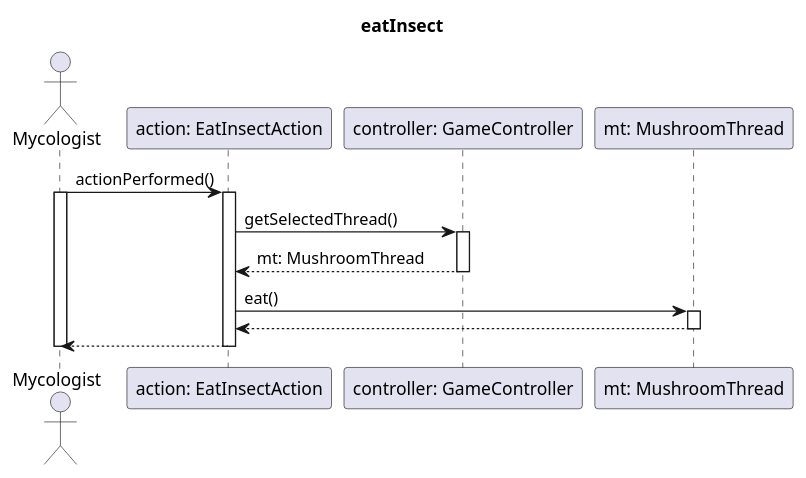
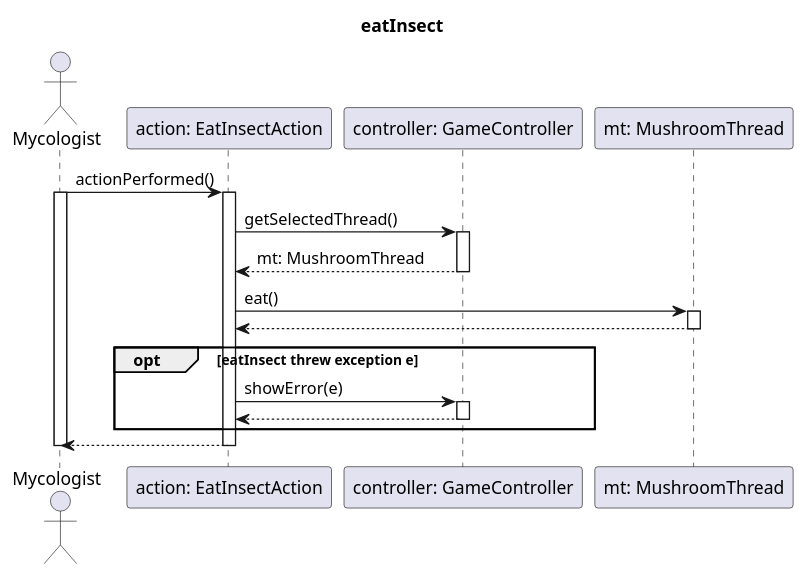
The diagram in diagrams/mvc-sequence/eatInsect.puml (dzsem/projlab), drawn with PlantUML before and after one commit. The commit also changed 3 other files, not shown here.

```diff
--- a/diagrams/mvc-sequence/eatInsect.puml
+++ b/diagrams/mvc-sequence/eatInsect.puml
@@ -1,30 +1,38 @@
 @startuml eatInsectMVC
 
 title eatInsect
 actor "Mycologist" as mc
 participant "action: EatInsectAction" as act
 participant "controller: GameController" as ctr
 participant "mt: MushroomThread" as mt
 
 mc -> act: actionPerformed()
 activate mc
 activate act
 
 act -> ctr: getSelectedThread()
 activate ctr
 
 act <-- ctr: mt: MushroomThread
 deactivate ctr
 
 act -> mt: eat()
 activate mt
 
 act <-- mt
 deactivate mt
 
+opt eatInsect threw exception e
+    act -> ctr: showError(e)
+    activate ctr
+
+    act <-- ctr
+    deactivate ctr
+end
+
 mc <-- act
 deactivate act
 
 deactivate mc
 
 @enduml
```
